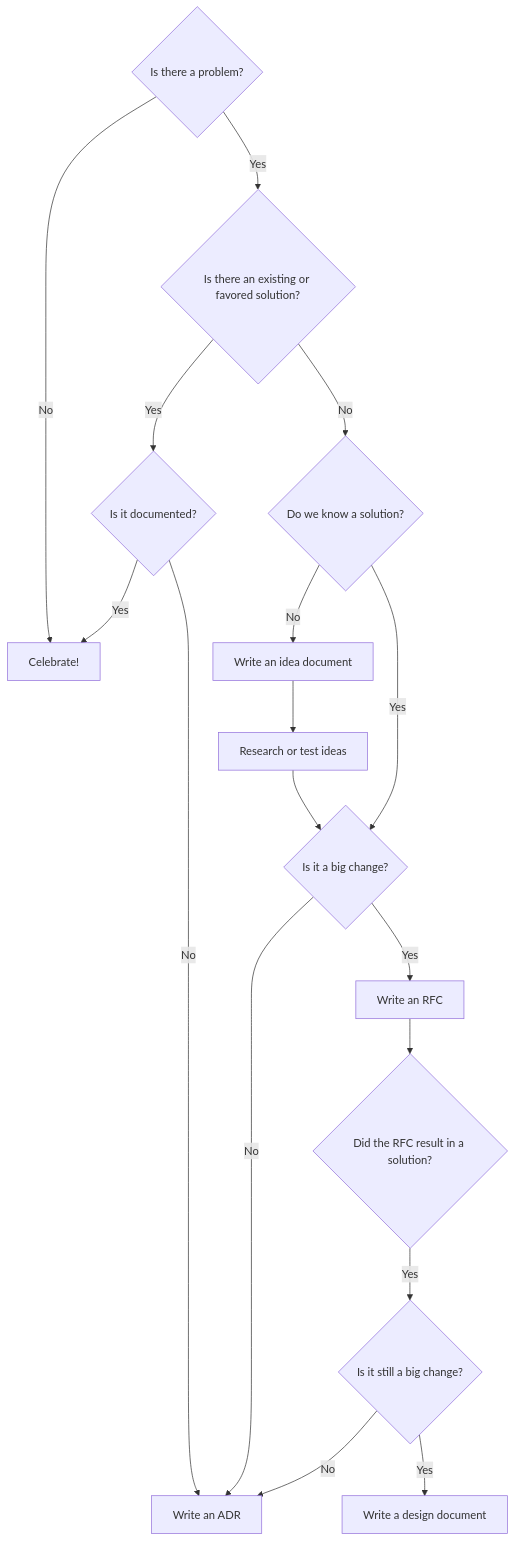
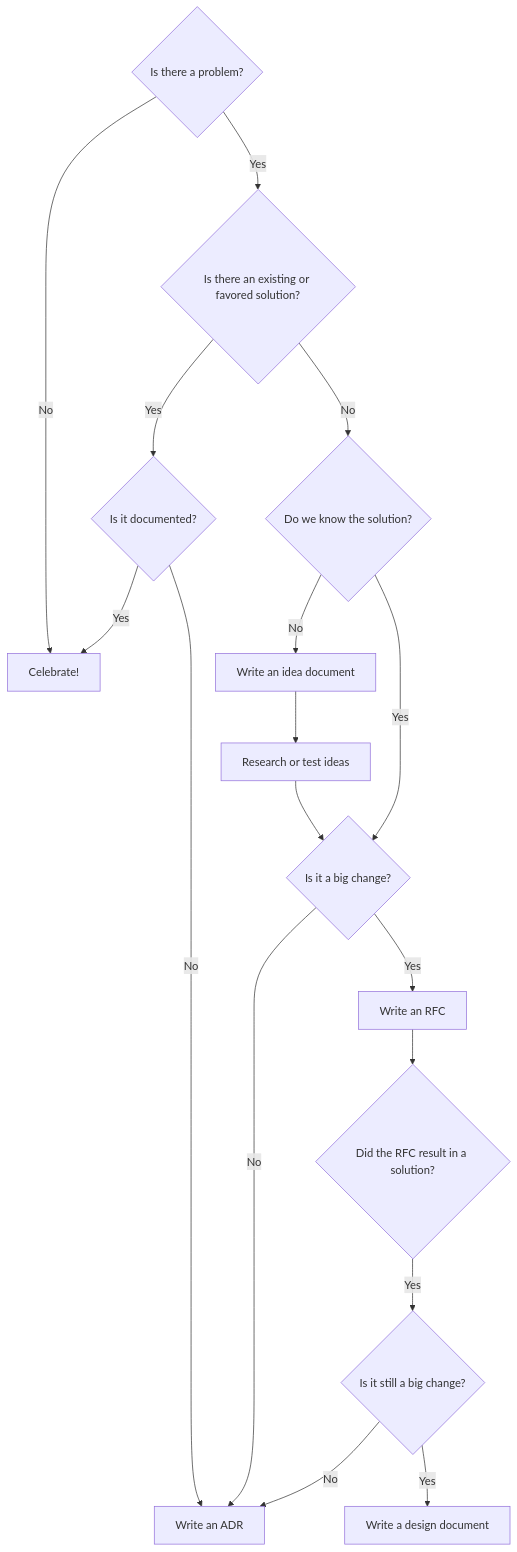
The diagram in scratchpad/flowchart.md (f1337/f1337.github.io), drawn with Mermaid before and after one commit. The commit also changed other lines of this file, not shown here.

Commit message:
scratchpad/flowchart.md updated from https://stackedit.io/

````diff
--- a/scratchpad/flowchart.md
+++ b/scratchpad/flowchart.md
@@ -3,19 +3,19 @@
 ```mermaid
 graph TD
 PROBLEM{Is there a problem?} -- No --> CELEB[Celebrate!]
 PROBLEM -- Yes --> ISSOLVED{Is there an existing or favored solution?}
 ISSOLVED -- Yes --> DOC{Is it documented?}
 DOC -- Yes --> CELEB
-ISSOLVED -- No --> ISKNOWN{Do we know a solution?}
+ISSOLVED -- No --> ISKNOWN{Do we know the solution?}
 ISKNOWN -- No --> IDEA[Write an idea document]
 IDEA --> TEST[Research or test ideas]
 TEST --> ISBIG{Is it a big change?}
 ISKNOWN -- Yes --> ISBIG
 ISBIG -- No --> ADR[Write an ADR]
 DOC -- No --> ADR
 ISBIG -- Yes --> RFC[Write an RFC]
 RFC --> RFCSOLVE{Did the RFC result in a solution?}
 RFCSOLVE -- Yes --> ISBIGTOO{Is it still a big change?}
 ISBIGTOO -- No --> ADR
 ISBIGTOO -- Yes --> DD[Write a design document]
 ```
````
